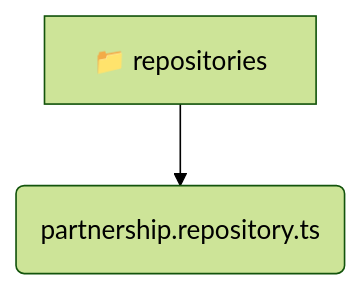
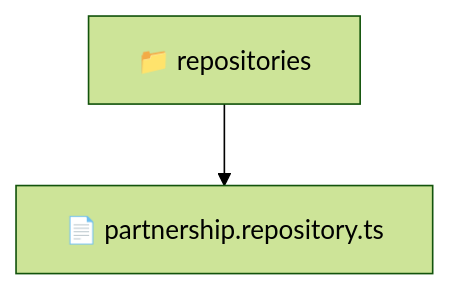
One commit to beginwebdev2002/fullstack-mavluda changed the diagram in backend/src/modules/partnership/infrastructure/repositories/README.md. Above: the diagram before and after it, drawn with Mermaid (forest theme). The commit also changed other lines of this file and 163 other files, not shown here.

````diff
--- a/backend/src/modules/partnership/infrastructure/repositories/README.md
+++ b/backend/src/modules/partnership/infrastructure/repositories/README.md
@@ -9,5 +10,5 @@
 ```mermaid
 graph TD
-  repositories[📁 repositories]
-  repositories --> repositories_partnership_repository_ts(partnership.repository.ts)
+  Root["📁 repositories"]
+  Root --> partnershiprepositoryts["📄 partnership.repository.ts"]
 ```
````
